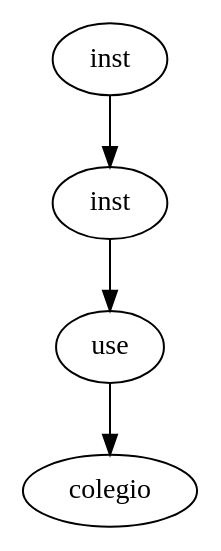
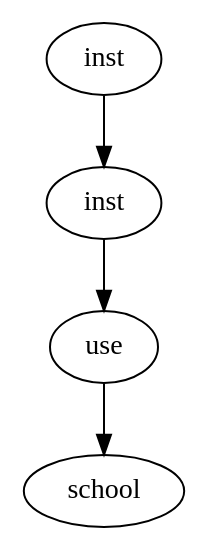
The diagram in Compi2Python/ast.dot (Diego180499/PROYECTO-OLC2-XSQL), drawn with Graphviz before and after one commit. The commit also changed 28 other files, not shown here.

```diff
--- a/Compi2Python/ast.dot
+++ b/Compi2Python/ast.dot
@@ -1,9 +1,9 @@
 digraph AST{
 node0 [label="inst" shape="oval", color="black"];
 node1 [label="inst" shape="oval", color="black"];
 node2 [label="use" shape="oval", color="black"];
-node3 [label="colegio" shape="oval", color="black"];
+node3 [label="school" shape="oval", color="black"];
 node0 -> node1;
 node1 -> node2;
 node2 -> node3;
 }
```
